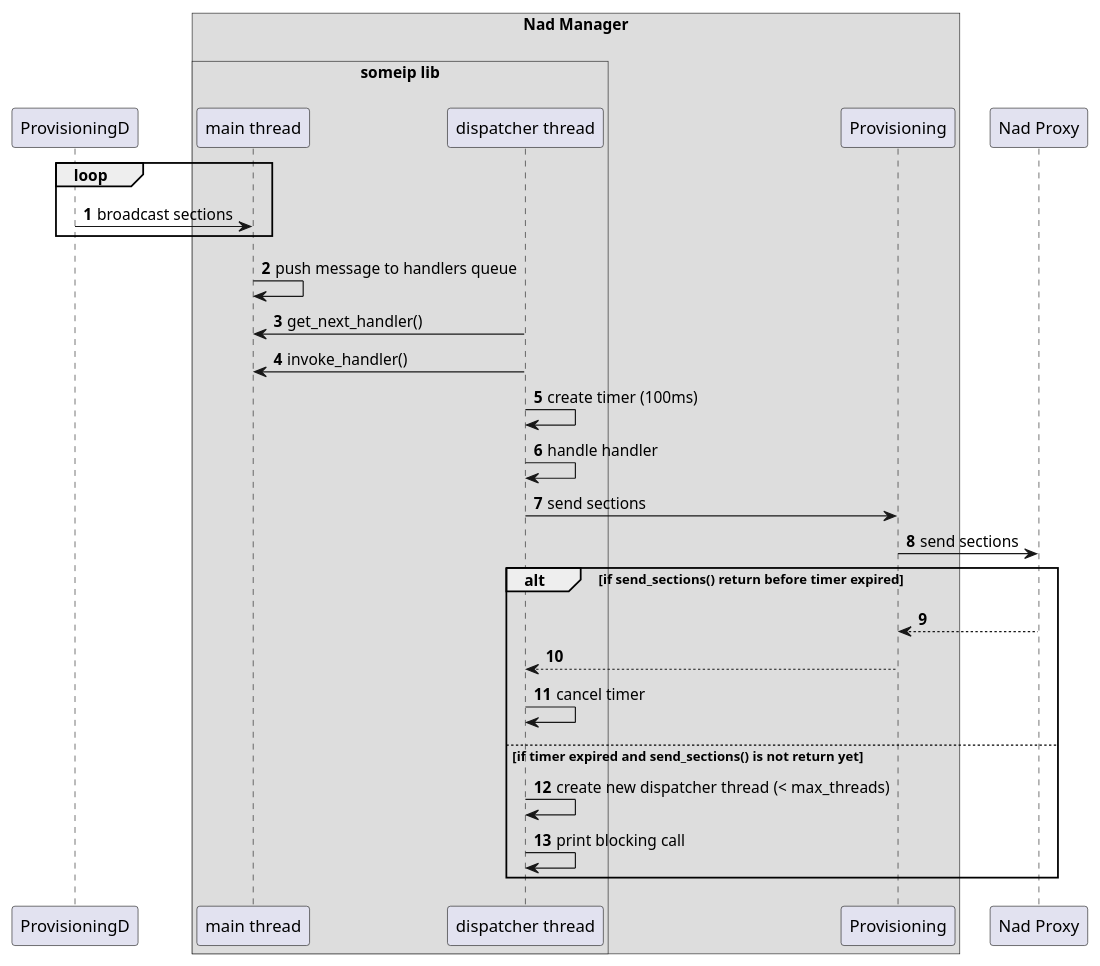
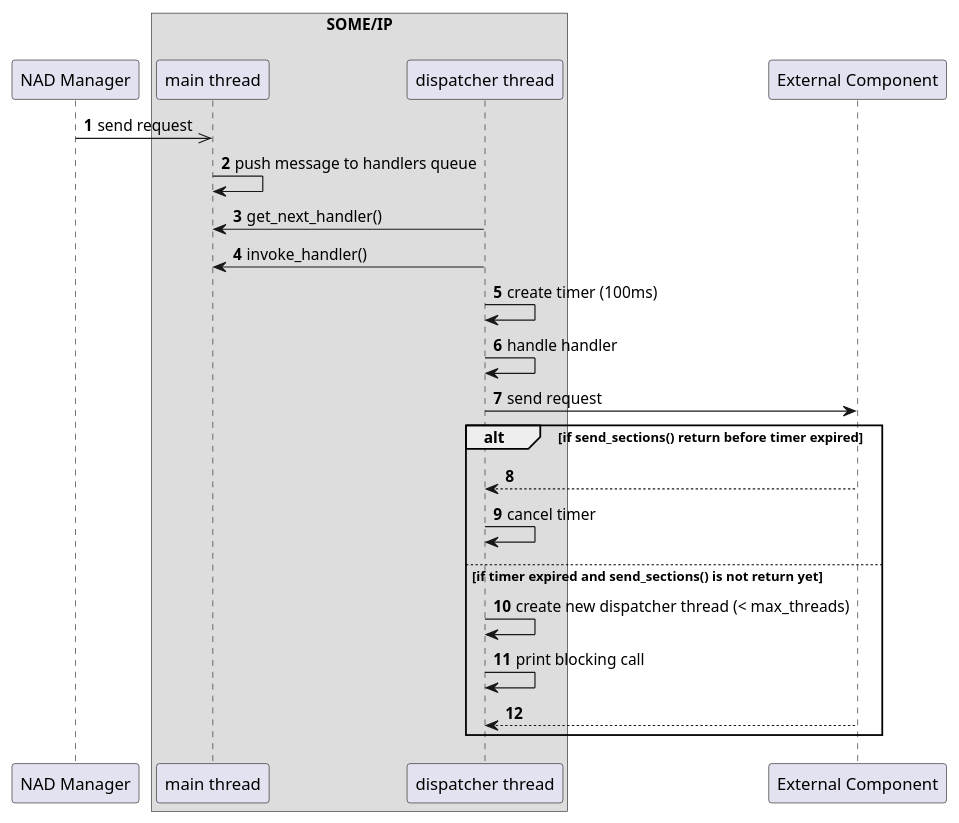
The diagram in docs/consumer_provider.wsd (taikt/someip), drawn with PlantUML before and after one commit. The commit also changed other lines of this file and 1 other file, not shown here.

```diff
--- a/docs/consumer_provider.wsd
+++ b/docs/consumer_provider.wsd
@@ -135,44 +2,37 @@
 @startuml
 !pragma teoz true
 autonumber
 
 
-    participant "ProvisioningD" as con
+    participant "NAD Manager" as modu
+
+    box "SOME/IP\n"
+    participant "main thread" as mainTh
+    participant "dispatcher thread" as dispTh
+    end box
+
+    participant "External Component" as ex
+    'end box 
 
     
-    box "Nad Manager\n"
-
-    box "someip lib\n"
-    participant "main thread" as vsome2
-    participant "dispatcher thread" as dis2
-    end box
-
-    participant "Provisioning" as pro
-    end box 
+    modu ->> mainTh: send request
 
 
-    participant "Nad Proxy" as proxy
+    mainTh -> mainTh: push message to handlers queue
+    dispTh -> mainTh: get_next_handler()
+    dispTh -> mainTh: invoke_handler()
+    dispTh -> dispTh: create timer (100ms)
+    dispTh -> dispTh: handle handler
+    dispTh -> ex: send request
 
-    loop
-    con -> vsome2: broadcast sections
-    end loop
-
-    vsome2 -> vsome2: push message to handlers queue
-    dis2 -> vsome2: get_next_handler()
-    dis2 -> vsome2: invoke_handler()
-    dis2 -> dis2: create timer (100ms)
-    dis2 -> dis2: handle handler
-    dis2 -> pro: send sections
-    pro -> proxy: send sections
     alt if send_sections() return before timer expired
     
-    proxy --> pro:
-    pro --> dis2: 
-    dis2 -> dis2: cancel timer
+    ex --> dispTh: 
+    dispTh -> dispTh: cancel timer
     else if timer expired and send_sections() is not return yet
-    dis2 -> dis2: create new dispatcher thread (< max_threads)
-    dis2 -> dis2: print blocking call
-
+    dispTh -> dispTh: create new dispatcher thread (< max_threads)
+    dispTh -> dispTh: print blocking call
+    ex --> dispTh:
     end
 
 @enduml
```
